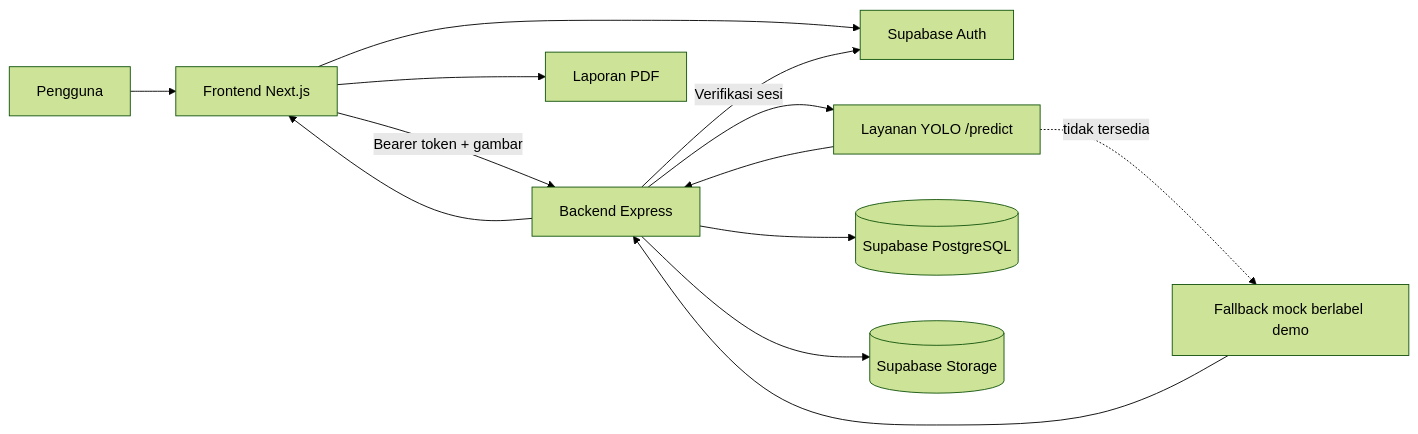
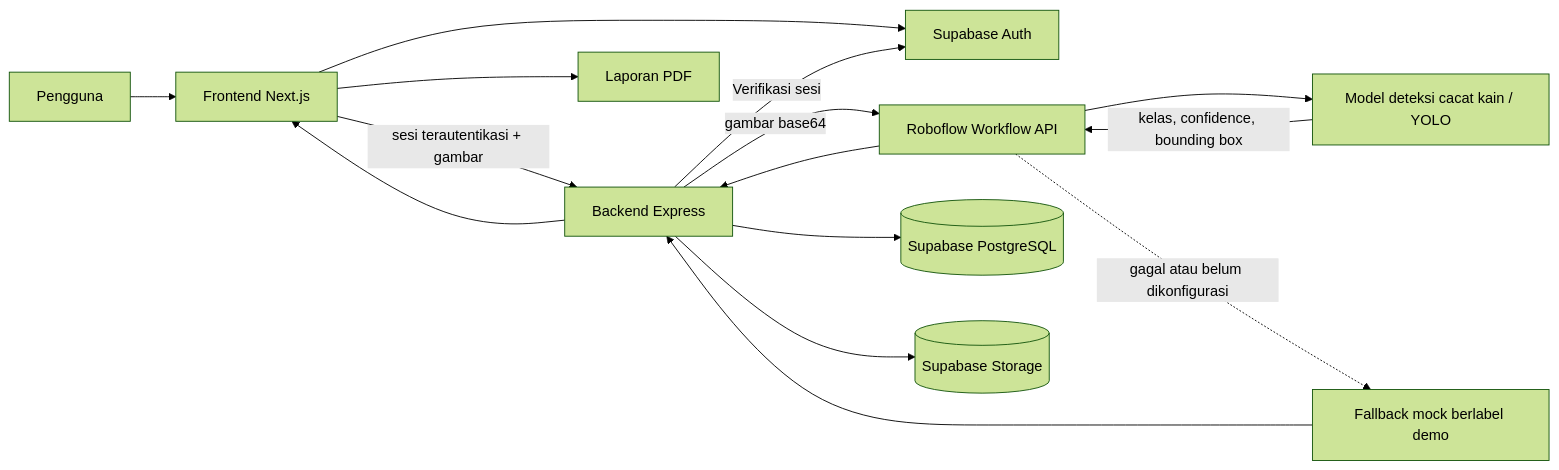
Before and after one commit to raykenzienazaru-dot/PNJ: the first of 2 diagrams in README.MD, drawn with Mermaid (forest theme). The commit also changed other lines of this file and 1 other file, not shown here.

````diff
--- a/README.MD
+++ b/README.MD
@@ -165,15 +176,17 @@
 ```mermaid
 flowchart LR
     U[Pengguna] --> FE[Frontend Next.js]
     FE --> AUTH[Supabase Auth]
-    FE -->|Bearer token + gambar| BE[Backend Express]
+    FE -->|sesi terautentikasi + gambar| BE[Backend Express]
     BE -->|Verifikasi sesi| AUTH
-    BE --> YOLO[Layanan YOLO /predict]
-    YOLO --> BE
+    BE -->|gambar base64| RF[Roboflow Workflow API]
+    RF --> YOLO[Model deteksi cacat kain / YOLO]
+    YOLO -->|kelas, confidence, bounding box| RF
+    RF --> BE
     BE --> DB[(Supabase PostgreSQL)]
     BE --> ST[(Supabase Storage)]
     BE --> FE
     FE --> PDF[Laporan PDF]
-    YOLO -. tidak tersedia .-> MOCK[Fallback mock berlabel demo]
+    RF -. gagal atau belum dikonfigurasi .-> MOCK[Fallback mock berlabel demo]
     MOCK --> BE
 ```
````
